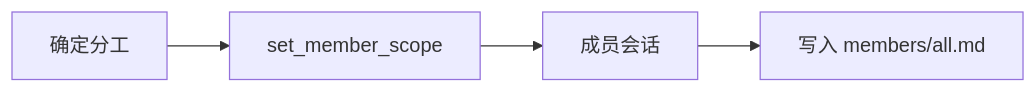
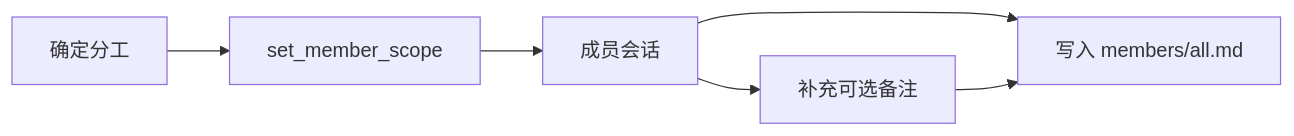
One commit to Cangjier/coder changed the fourth of 4 diagrams in .coder/members/flow.md. Above: the diagram before and after it, drawn with Mermaid. The commit also changed other lines of this file and 10 other files, not shown here.

````diff
--- a/.coder/members/flow.md
+++ b/.coder/members/flow.md
@@ -39,6 +39,8 @@
 ```mermaid
 flowchart LR
   A[确定分工] --> B[set_member_scope]
   B --> C[成员会话]
   C --> D[写入 members/all.md]
+  C --> E[补充可选备注]
+  E --> D
 ```
````
